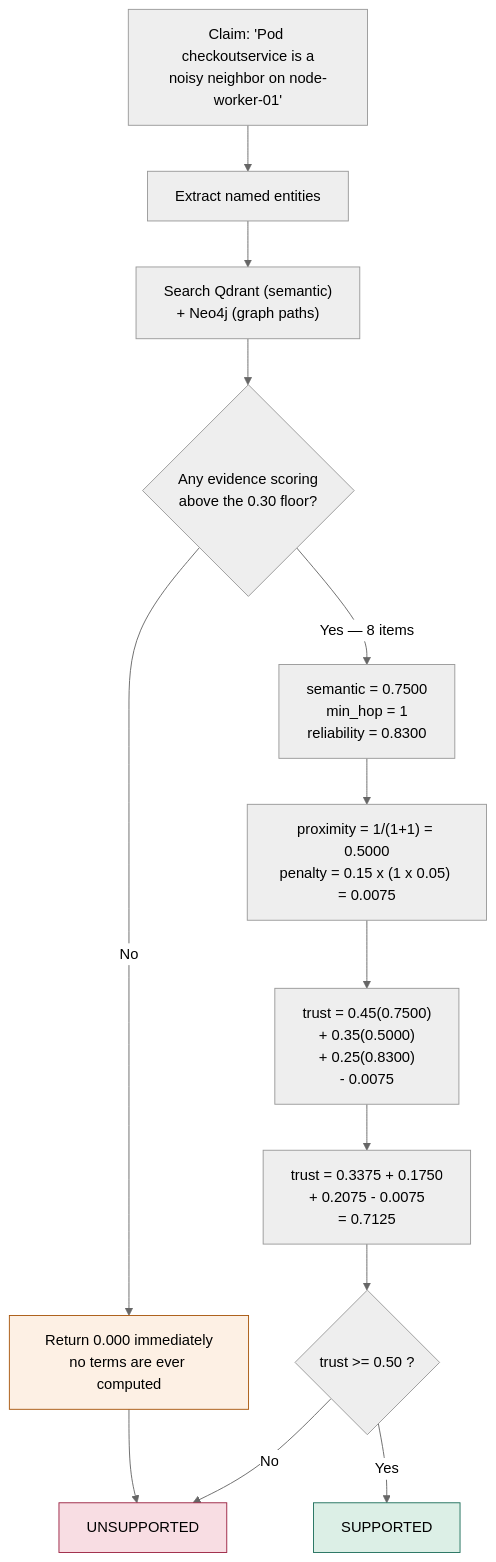
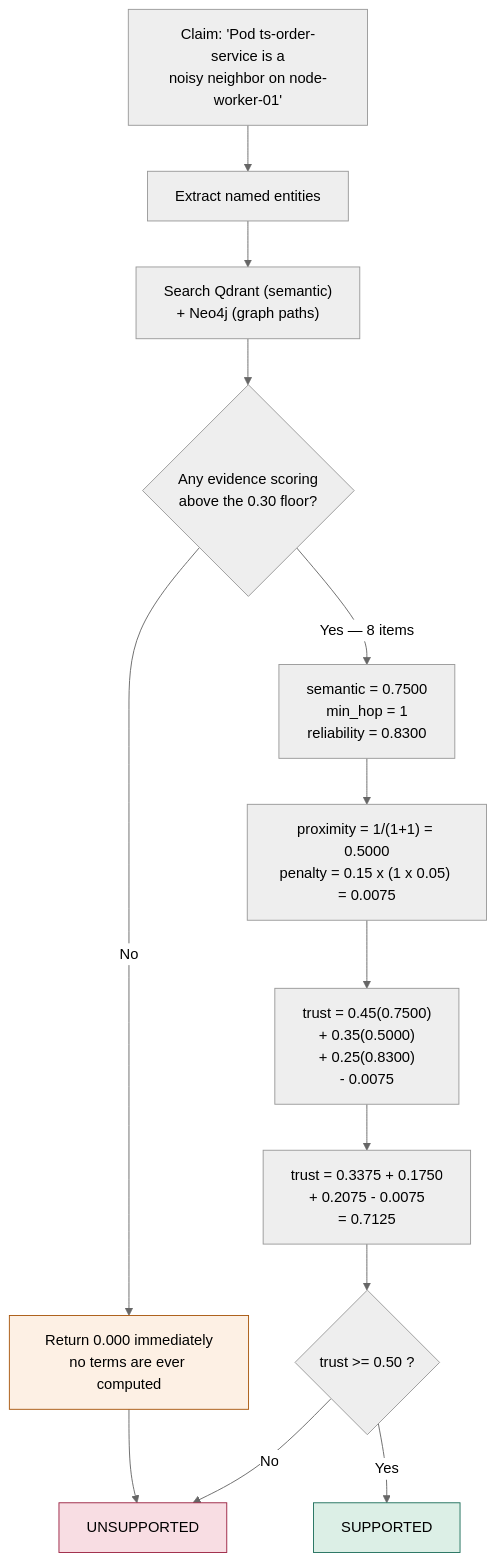
The second of 6 diagrams in docs/VERIFICATION_FLOW.md (shivamshashank/CloudGraph), drawn with Mermaid (neutral theme) before and after one commit. The commit also changed other lines of this file and 77 other files, not shown here.

````diff
--- a/docs/VERIFICATION_FLOW.md
+++ b/docs/VERIFICATION_FLOW.md
@@ -88,21 +97,21 @@
 ```mermaid
 flowchart TD
-    A["Claim: 'Pod checkoutservice is a<br/>noisy neighbor on node-worker-01'"] --> B[Extract named entities]
+    A["Claim: 'Pod ts-order-service is a<br/>noisy neighbor on node-worker-01'"] --> B[Extract named entities]
     B --> C["Search Qdrant (semantic)<br/>+ Neo4j (graph paths)"]
     C --> D{"Any evidence scoring<br/>above the 0.30 floor?"}
 
     D -->|"No"| E["Return 0.000 immediately<br/>no terms are ever computed"]
     E --> F["UNSUPPORTED"]
 
     D -->|"Yes — 8 items"| G["semantic = 0.7500<br/>min_hop = 1<br/>reliability = 0.8300"]
     G --> H["proximity = 1/(1+1) = 0.5000<br/>penalty = 0.15 x (1 x 0.05) = 0.0075"]
     H --> I["trust = 0.45(0.7500)<br/>+ 0.35(0.5000)<br/>+ 0.25(0.8300)<br/>- 0.0075"]
     I --> J["trust = 0.3375 + 0.1750<br/>+ 0.2075 - 0.0075<br/>= 0.7125"]
     J --> K{"trust >= 0.50 ?"}
     K -->|"Yes"| L["SUPPORTED"]
     K -->|"No"| F
 
     style F fill:#f8dde3,stroke:#9b2242
     style L fill:#dcefe6,stroke:#1f6f5c
     style E fill:#fdf0e4,stroke:#a8560c
 ```
````
